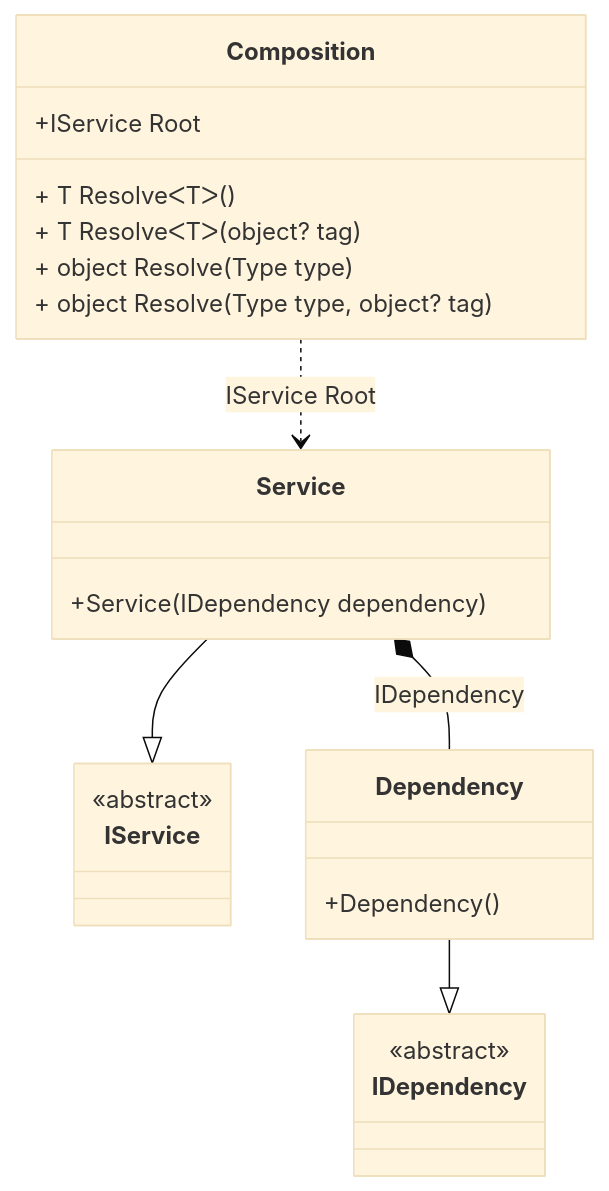
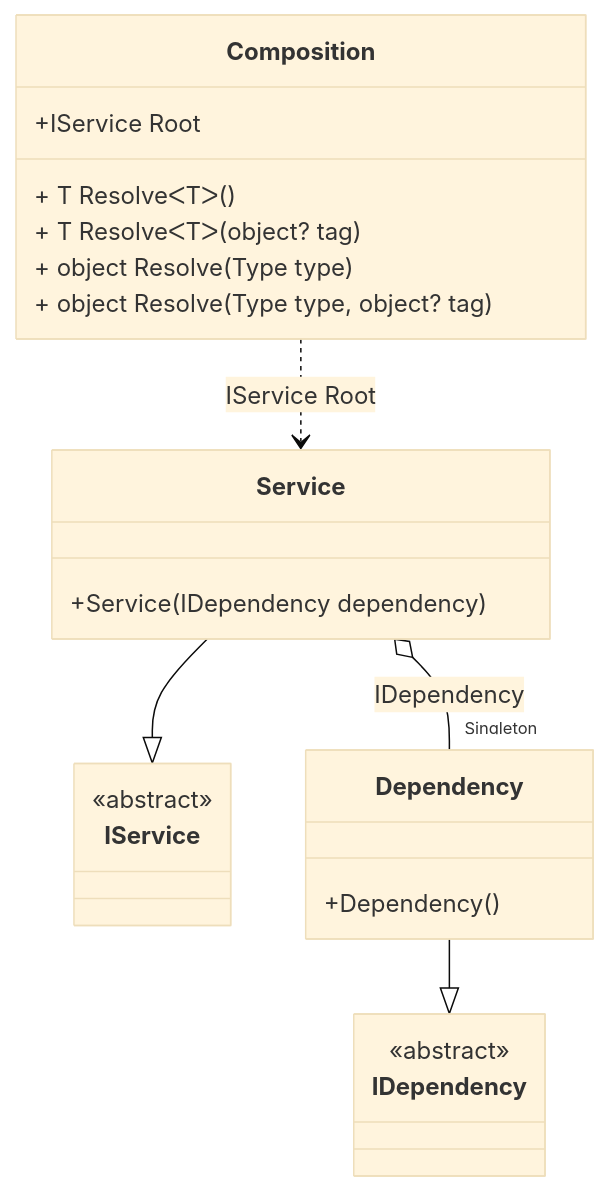
One commit to DevTeam/Pure.DI changed the diagram in readme/onnewinstance-hint.md. Above: the diagram before and after it, drawn with Mermaid (base theme). The commit also changed other lines of this file and 57 other files, not shown here.

````diff
--- a/readme/onnewinstance-hint.md
+++ b/readme/onnewinstance-hint.md
@@ -67,26 +65,26 @@
 ```mermaid
 classDiagram
   class Composition {
     +IService Root
     + T ResolveᐸTᐳ()
     + T ResolveᐸTᐳ(object? tag)
     + object Resolve(Type type)
     + object Resolve(Type type, object? tag)
   }
   Service --|> IService : 
   class Service {
     +Service(IDependency dependency)
   }
   Dependency --|> IDependency : 
   class Dependency {
     +Dependency()
   }
   class IService {
     <<abstract>>
   }
   class IDependency {
     <<abstract>>
   }
-  Service *--  Dependency : IDependency
+  Service o--  "Singleton" Dependency : IDependency
   Composition ..> Service : IService Root
 ```
````
